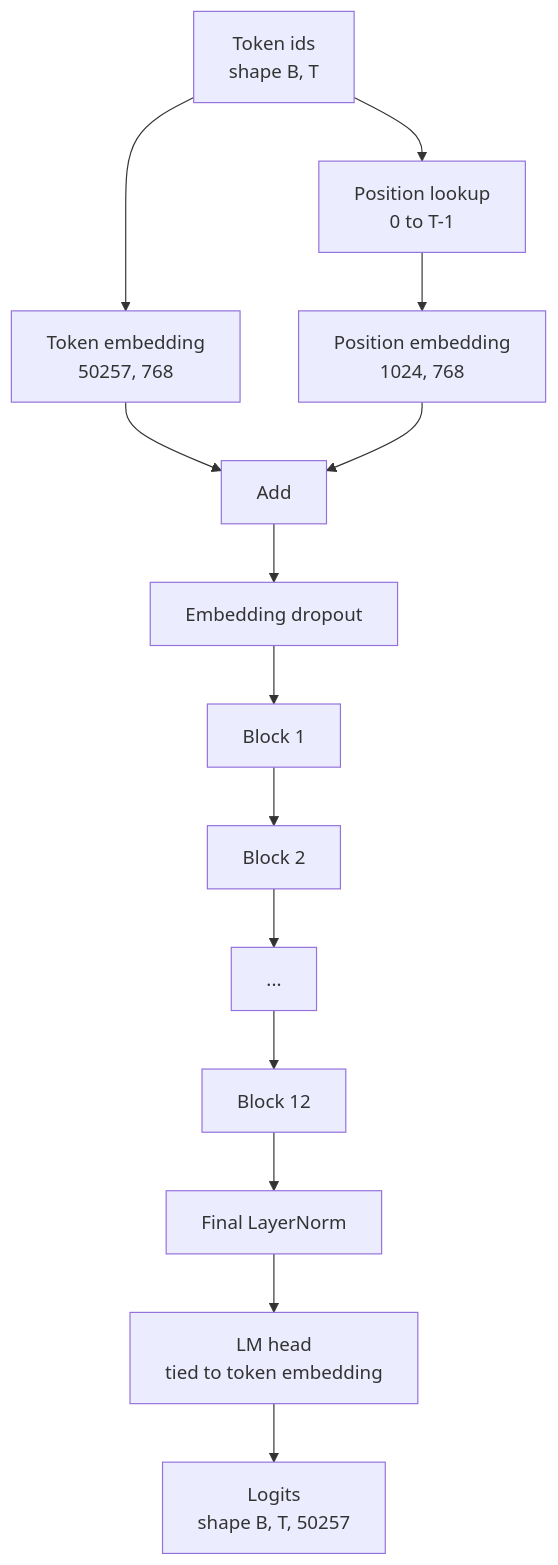
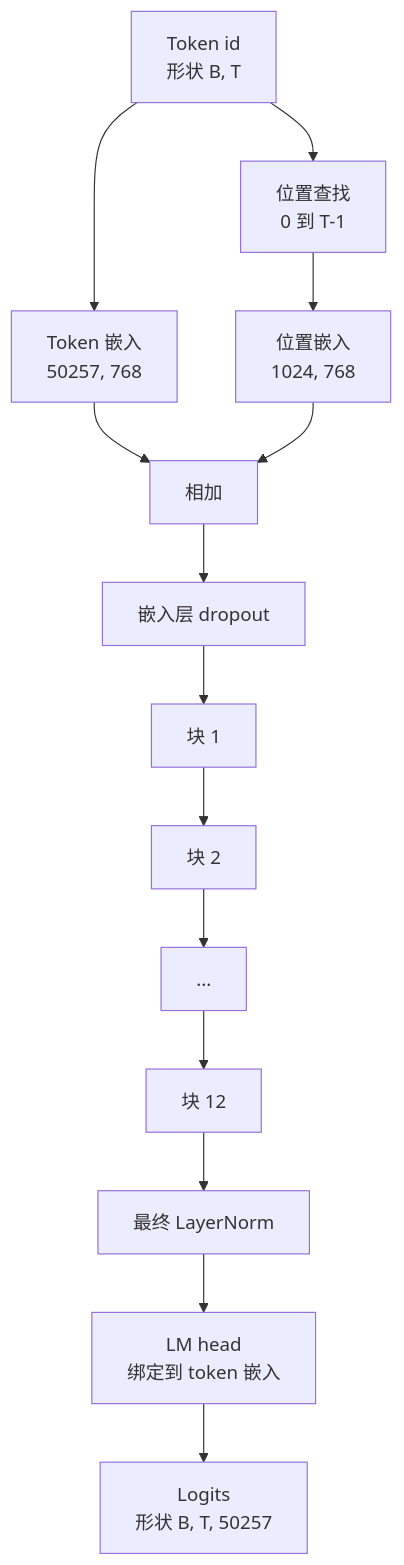
The first of 2 diagrams in lessons/19-capstone-projects/35-gpt-model-assembly/docs/zh.md (guangningsun/ailearning), drawn with Mermaid before and after one commit. The commit also changed other lines of this file and 85 other files, not shown here.

````diff
--- a/lessons/19-capstone-projects/35-gpt-model-assembly/docs/zh.md
+++ b/lessons/19-capstone-projects/35-gpt-model-assembly/docs/zh.md
@@ -26,16 +26,16 @@
 ```mermaid
 flowchart TB
-  T[Token ids<br/>shape B, T] --> E[Token embedding<br/>50257, 768]
-  T --> P[Position lookup<br/>0 to T-1]
-  P --> PE[Position embedding<br/>1024, 768]
-  E --> A[Add]
+  T[Token id<br/>形状 B, T] --> E[Token 嵌入<br/>50257, 768]
+  T --> P[位置查找<br/>0 到 T-1]
+  P --> PE[位置嵌入<br/>1024, 768]
+  E --> A[相加]
   PE --> A
-  A --> D[Embedding dropout]
-  D --> B1[Block 1]
-  B1 --> B2[Block 2]
+  A --> D[嵌入层 dropout]
+  D --> B1[块 1]
+  B1 --> B2[块 2]
   B2 --> Bk[...]
-  Bk --> B12[Block 12]
-  B12 --> L[Final LayerNorm]
-  L --> H[LM head<br/>tied to token embedding]
-  H --> O[Logits<br/>shape B, T, 50257]
+  Bk --> B12[块 12]
+  B12 --> L[最终 LayerNorm]
+  L --> H[LM head<br/>绑定到 token 嵌入]
+  H --> O[Logits<br/>形状 B, T, 50257]
 ```
````
